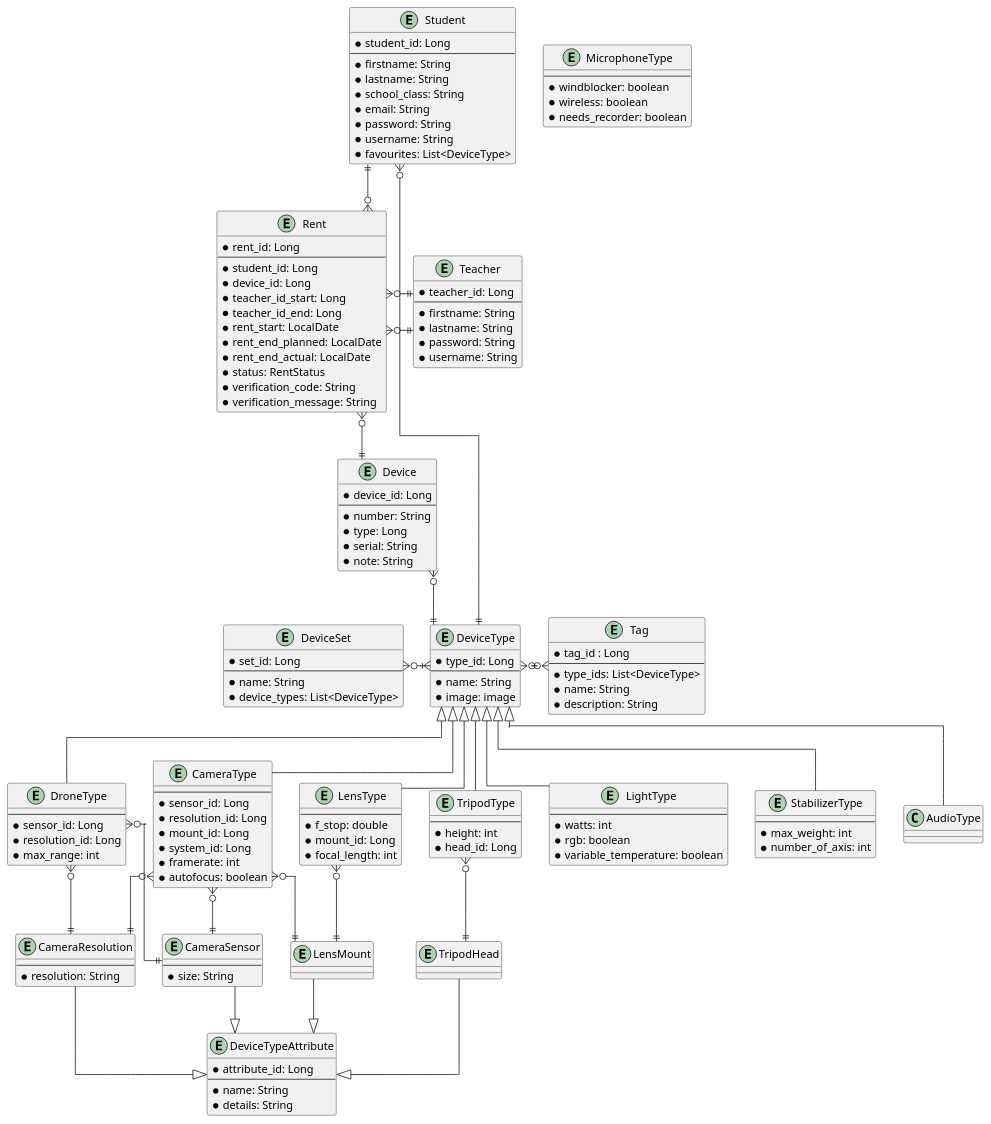
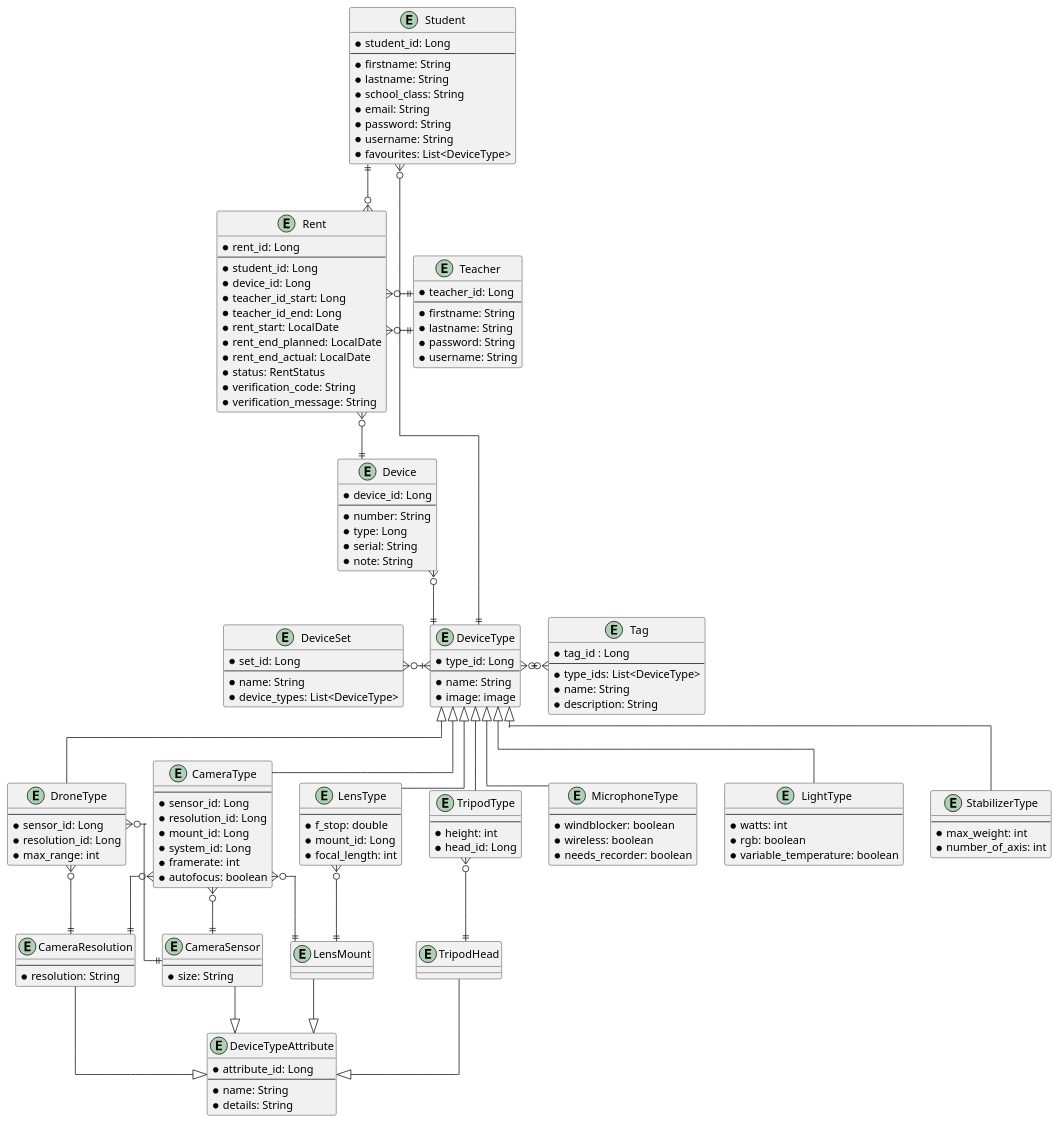
One commit to htl-leo-itp-2325-4-5BHITM/cam-connect changed the diagram in docs/uml.puml. Above: the diagram before and after it, drawn with PlantUML. The commit also changed 4 other files, not shown here.

```diff
--- a/docs/uml.puml
+++ b/docs/uml.puml
@@ -1,176 +1,176 @@
 @startuml
   skinparam linetype ortho
 
 	entity DeviceType {
 		* type_id: Long
 		--
 		* name: String
 		* image: image
 	}
 
 	entity CameraType {
 		--
 		* sensor_id: Long
 		* resolution_id: Long
 		* mount_id: Long
 		* system_id: Long
 		* framerate: int
 		* autofocus: boolean
 	}
 
 	entity DroneType {
 		--
 		* sensor_id: Long
 		* resolution_id: Long
 		* max_range: int
 	}
 
 	entity LensType {
 		--
 		* f_stop: double
 		* mount_id: Long
 		* focal_length: int
 	}
 
 	entity MicrophoneType {
 		--
 		* windblocker: boolean
 		* wireless: boolean
 		* needs_recorder: boolean
 	}
 
 	entity LightType {
 		--
 		* watts: int
 		* rgb: boolean
 		* variable_temperature: boolean
 	}
 
 	entity TripodType {
 		--
 		* height: int
 		* head_id: Long
 	}
 
 	entity StabilizerType {
 		--
 		* max_weight: int
 		* number_of_axis: int
 	}
 
 	DeviceType <|-down- CameraType
-	DeviceType <|-down- AudioType
+	DeviceType <|-down- MicrophoneType
 	DeviceType <|-down- LightType
 	DeviceType <|-down- TripodType
 	DeviceType <|-down- StabilizerType
 	DeviceType <|-down- DroneType
 	DeviceType <|-down- LensType
 
 	entity DeviceTypeAttribute {
 		* attribute_id: Long
 		--
 		* name: String
 		* details: String
 	}
 
 	entity TripodHead {
 	}
 
 	entity LensMount {
 	}
 
 	entity CameraSensor {
 		--
 		* size: String
 	}
 
 	entity CameraResolution {
 		--
 		* resolution: String
 	}
 
 	DeviceTypeAttribute <|-up- TripodHead
 	DeviceTypeAttribute <|-up- LensMount
 	DeviceTypeAttribute <|-up- CameraSensor
 	DeviceTypeAttribute <|-up- CameraResolution
 
 
 	TripodType }o--|| TripodHead
 	LensType }o--|| LensMount
 	CameraType }o--|| LensMount
 	CameraType }o--|| CameraSensor
 	DroneType }o--|| CameraSensor
 	DroneType }o--|| CameraResolution
 	CameraType }o--|| CameraResolution
 
 	entity Device {
 		* device_id: Long
 		--
 		* number: String
 		* type: Long
 		* serial: String
 		* note: String
 	}
 
 	entity Rent{
 		* rent_id: Long
 		--
 		* student_id: Long
 		* device_id: Long
 		* teacher_id_start: Long
 		* teacher_id_end: Long
 		* rent_start: LocalDate
 		* rent_end_planned: LocalDate
 		* rent_end_actual: LocalDate
 		* status: RentStatus
 		* verification_code: String
 		* verification_message: String
 	}
 
 	entity Tag {
 		* tag_id : Long
 		--
 		* type_ids: List<DeviceType>
 		* name: String
 		* description: String
 	}
 
 	entity Student {
 		* student_id: Long
 		--
 		* firstname: String
 		* lastname: String
 		* school_class: String
 		* email: String
 		* password: String
 		* username: String
 		* favourites: List<DeviceType>
 	}
 
 	entity Teacher {
 		* teacher_id: Long
 		--
 		* firstname: String
 		* lastname: String
 		* password: String
 		* username: String
 	}
 
 	entity DeviceSet {
 		* set_id: Long
 		--
 		* name: String
 		* device_types: List<DeviceType>
 	}
 
 	Device }o-down-|| DeviceType
 	DeviceType }|-left-o{ DeviceSet
 	DeviceType }o-right-o{ Tag
 
 	Rent }o--|| Device
 	Rent }o-up-|| Student
 	Rent }o-right-|| Teacher
 	Rent }o-right-|| Teacher
 
 	Student }o--|| DeviceType
 @enduml
```
